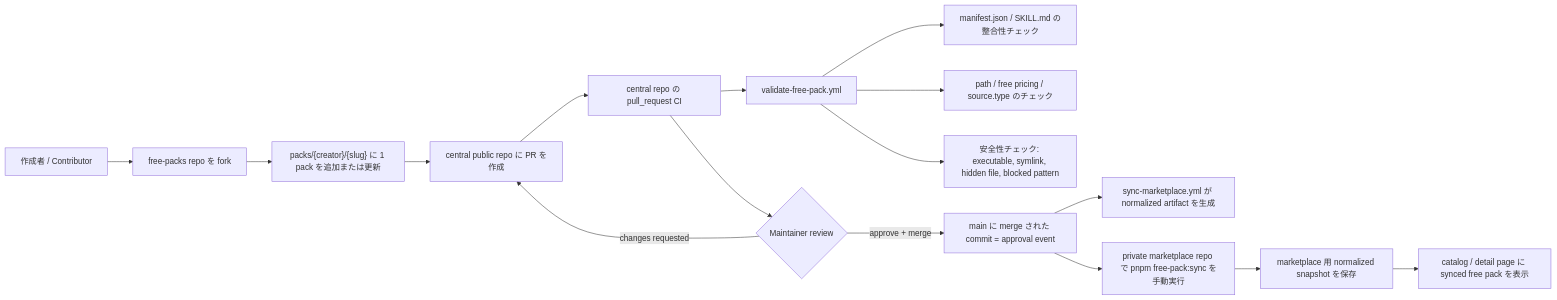
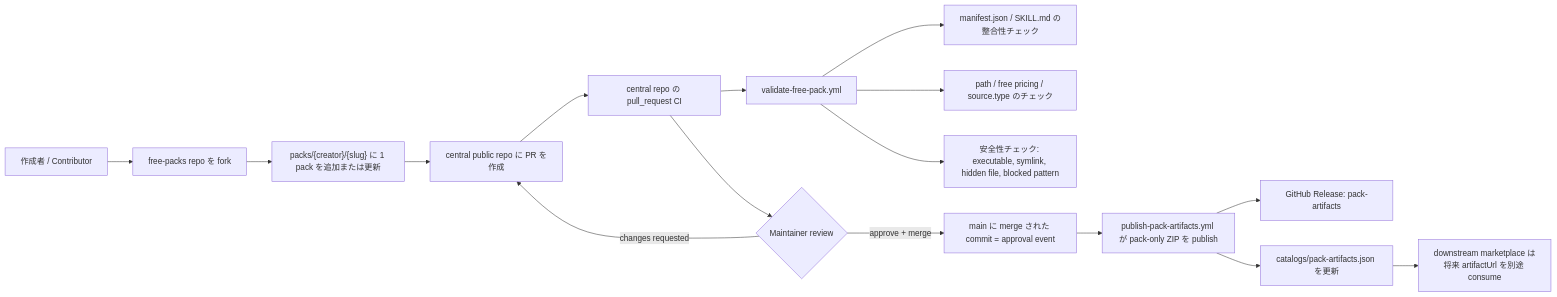
The diagram in README.ja.md (tigerokuma/context-bank-free-packs), drawn with Mermaid before and after one commit. The commit also changed other lines of this file and 1 other file, not shown here.

Commit message:
chore: Update allowed ancillary pattern to expect `pack-artifacts.json` for catalogs.

````diff
--- a/README.ja.md
+++ b/README.ja.md
@@ -25,21 +25,21 @@
 ```mermaid
 flowchart LR
     A["作成者 / Contributor"] --> B["free-packs repo を fork"]
     B --> C["packs/{creator}/{slug} に 1 pack を追加または更新"]
     C --> D["central public repo に PR を作成"]
 
     D --> E["central repo の pull_request CI"]
     E --> E1["validate-free-pack.yml"]
     E1 --> E2["manifest.json / SKILL.md の整合性チェック"]
     E1 --> E3["path / free pricing / source.type のチェック"]
     E1 --> E4["安全性チェック: executable, symlink, hidden file, blocked pattern"]
 
     E --> F{"Maintainer review"}
     F -->|"approve + merge"| G["main に merge された commit = approval event"]
     F -->|"changes requested"| D
 
-    G --> H["sync-marketplace.yml が normalized artifact を生成"]
-    G --> I["private marketplace repo で pnpm free-pack:sync を手動実行"]
-    I --> J["marketplace 用 normalized snapshot を保存"]
-    J --> K["catalog / detail page に synced free pack を表示"]
+    G --> H["publish-pack-artifacts.yml が pack-only ZIP を publish"]
+    H --> I["GitHub Release: pack-artifacts"]
+    H --> J["catalogs/pack-artifacts.json を更新"]
+    J --> K["downstream marketplace は将来 artifactUrl を別途 consume"]
 ```
````
